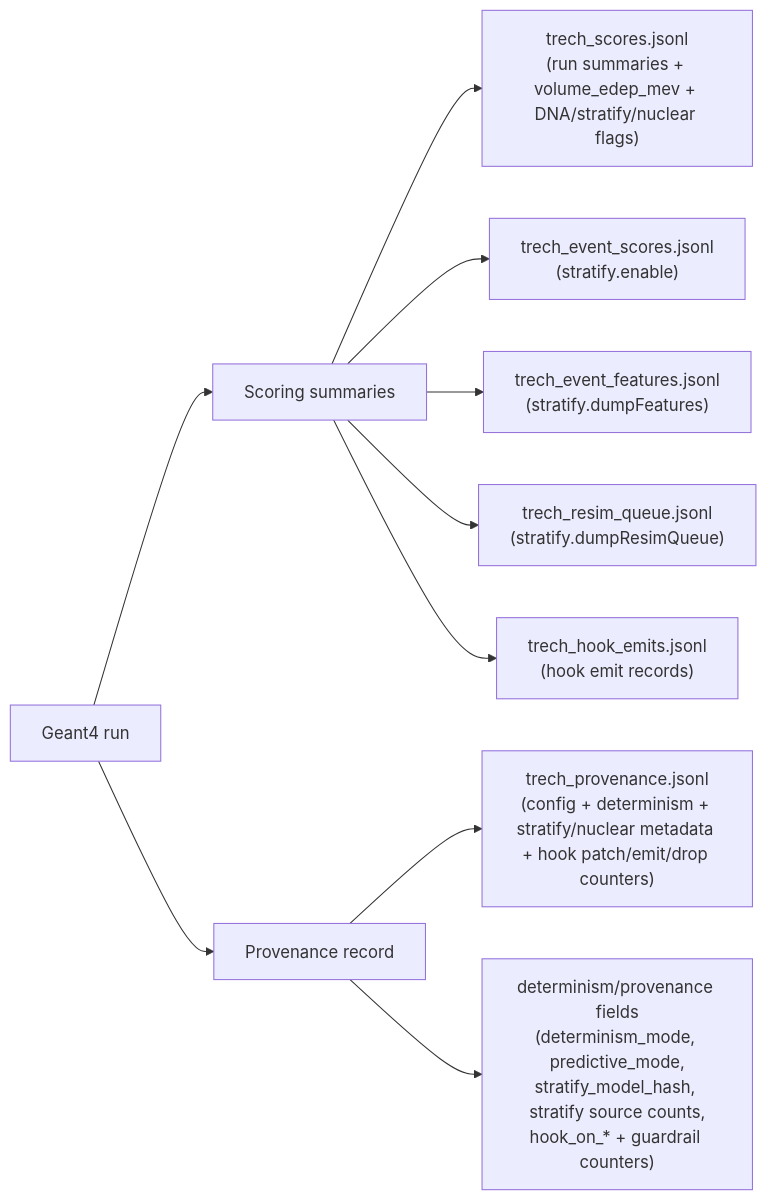
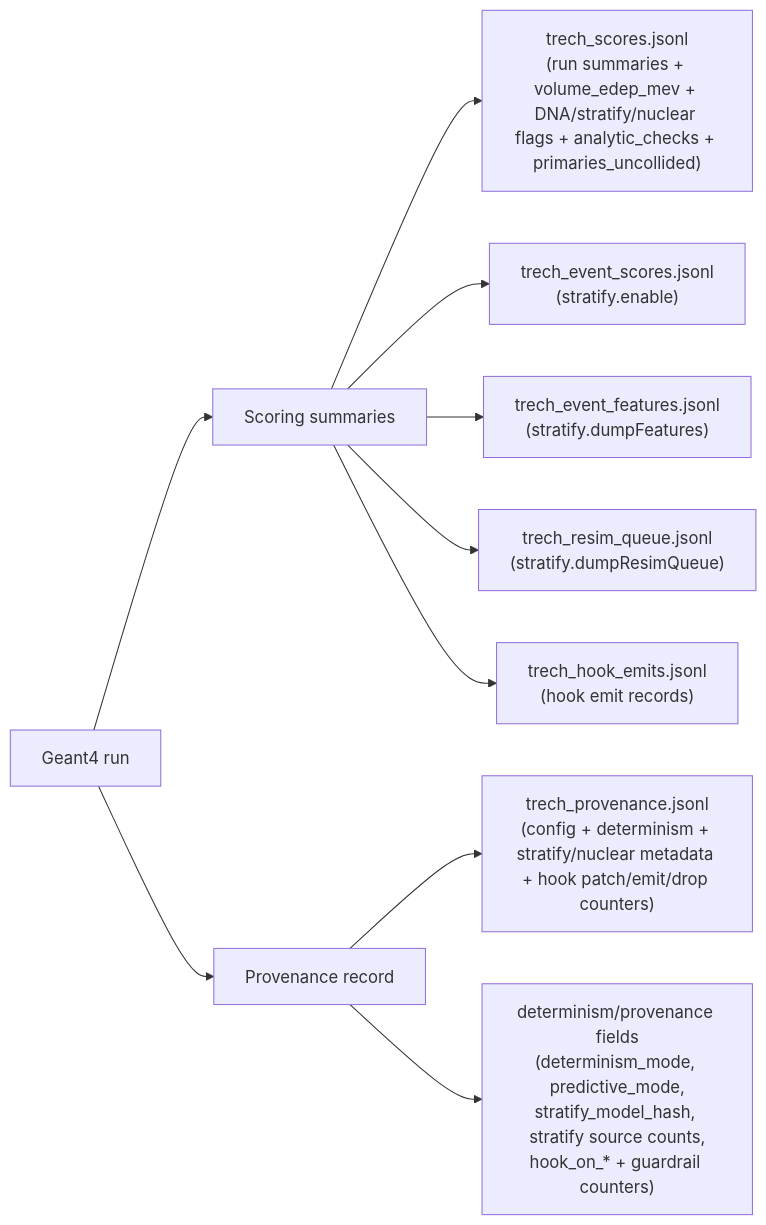
One commit to Geckos-Ink/trech changed the seventh of 11 diagrams in CHARTS.md. Above: the diagram before and after it, drawn with Mermaid. The commit also changed other lines of this file and 22 other files, not shown here.

````diff
--- a/CHARTS.md
+++ b/CHARTS.md
@@ -145,12 +160,12 @@
 ```mermaid
 flowchart LR
   RUN["Geant4 run"] --> SCORING["Scoring summaries"]
   RUN --> PROV["Provenance record"]
-  SCORING --> S1["trech_scores.jsonl\n(run summaries + volume_edep_mev + DNA/stratify/nuclear flags)"]
+  SCORING --> S1["trech_scores.jsonl\n(run summaries + volume_edep_mev + DNA/stratify/nuclear flags + analytic_checks + primaries_uncollided)"]
   SCORING --> S2["trech_event_scores.jsonl\n(stratify.enable)"]
   SCORING --> S3["trech_event_features.jsonl\n(stratify.dumpFeatures)"]
   SCORING --> S4["trech_resim_queue.jsonl\n(stratify.dumpResimQueue)"]
   SCORING --> S5["trech_hook_emits.jsonl\n(hook emit records)"]
   PROV --> P1["trech_provenance.jsonl\n(config + determinism + stratify/nuclear metadata + hook patch/emit/drop counters)"]
   PROV --> P2["determinism/provenance fields\n(determinism_mode, predictive_mode,\nstratify_model_hash, stratify source counts,\nhook_on_* + guardrail counters)"]
 ```
````
